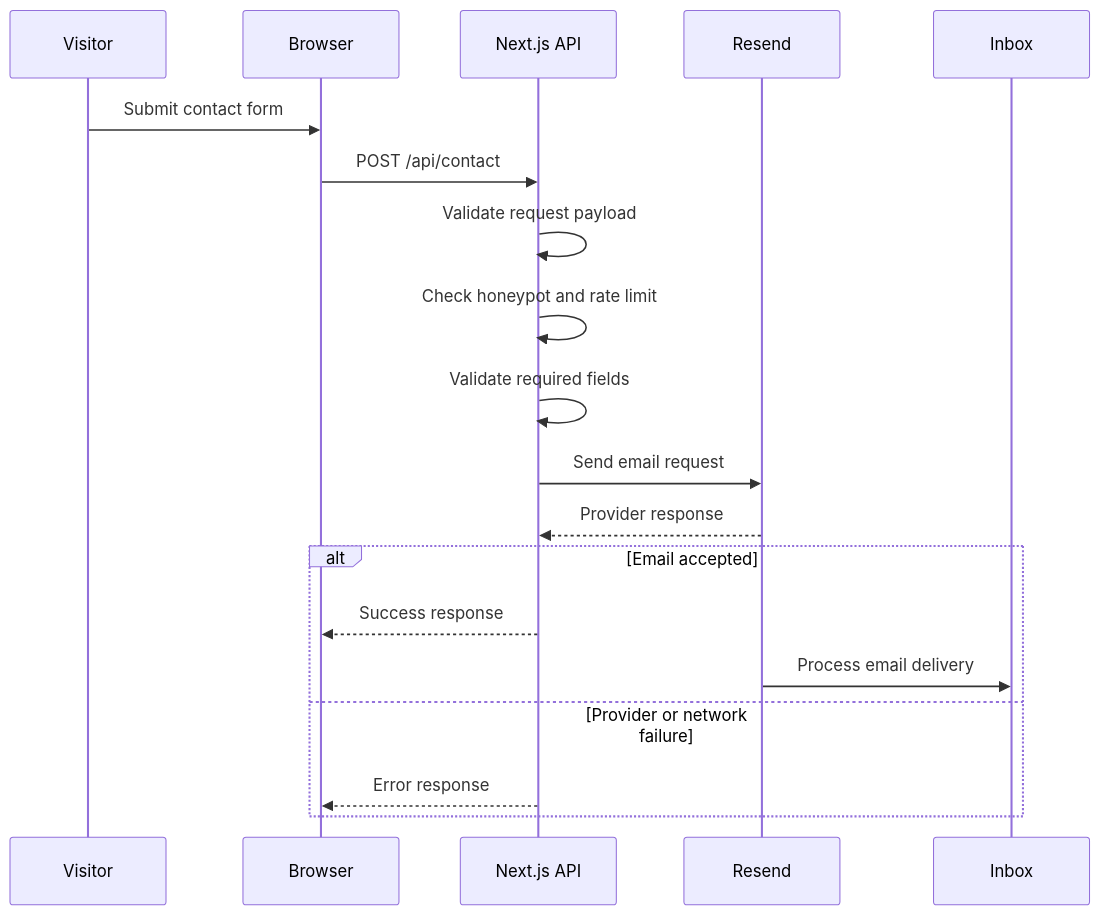
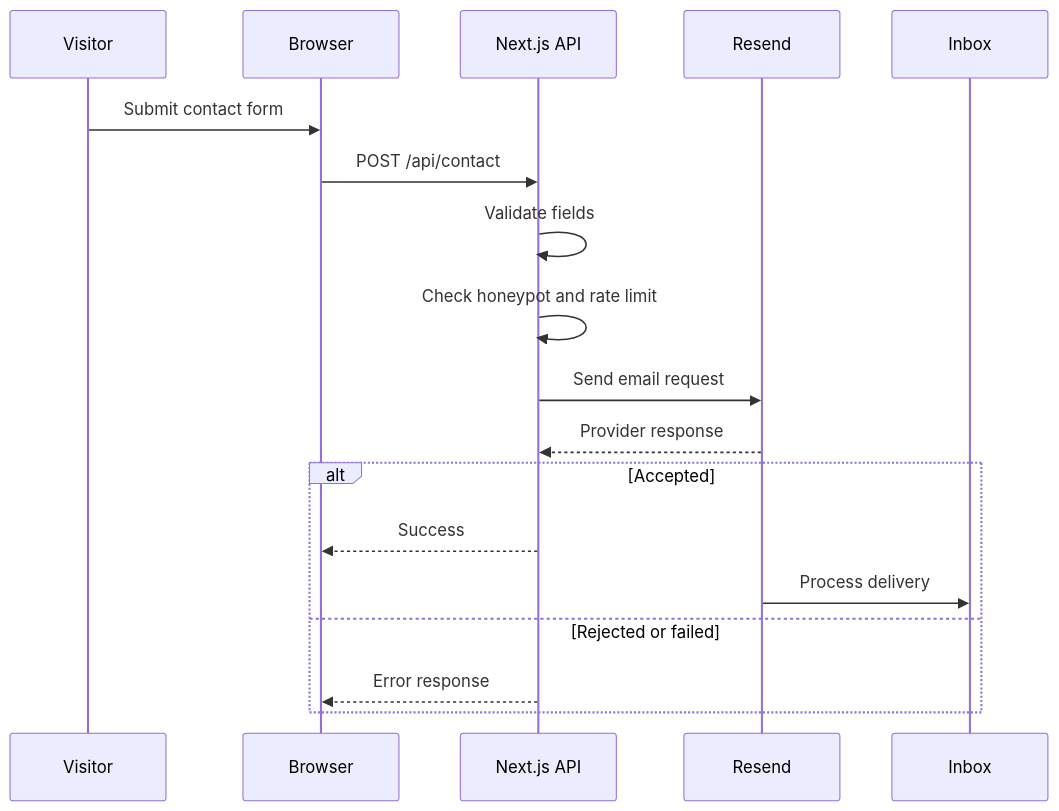
Before and after one commit to aryan24cse109-dev/My-Portfolio: the second of 2 diagrams in README.md, drawn with Mermaid. The commit also changed other lines of this file, not shown here.

````diff
--- a/README.md
+++ b/README.md
@@ -392,23 +291,22 @@
 ```mermaid
 sequenceDiagram
-    participant Visitor
-    participant Browser
-    participant NextAPI as Next.js API
-    participant Resend
-    participant Inbox
+    participant U as Visitor
+    participant B as Browser
+    participant A as Next.js API
+    participant R as Resend
+    participant I as Inbox
 
-    Visitor->>Browser: Submit contact form
-    Browser->>NextAPI: POST /api/contact
-    NextAPI->>NextAPI: Validate request payload
-    NextAPI->>NextAPI: Check honeypot and rate limit
-    NextAPI->>NextAPI: Validate required fields
-    NextAPI->>Resend: Send email request
-    Resend-->>NextAPI: Provider response
+    U->>B: Submit contact form
+    B->>A: POST /api/contact
+    A->>A: Validate fields
+    A->>A: Check honeypot and rate limit
+    A->>R: Send email request
+    R-->>A: Provider response
 
-    alt Email accepted
-        NextAPI-->>Browser: Success response
-        Resend->>Inbox: Process email delivery
-    else Provider or network failure
-        NextAPI-->>Browser: Error response
+    alt Accepted
+        A-->>B: Success
+        R->>I: Process delivery
+    else Rejected or failed
+        A-->>B: Error response
     end
 ```
````
